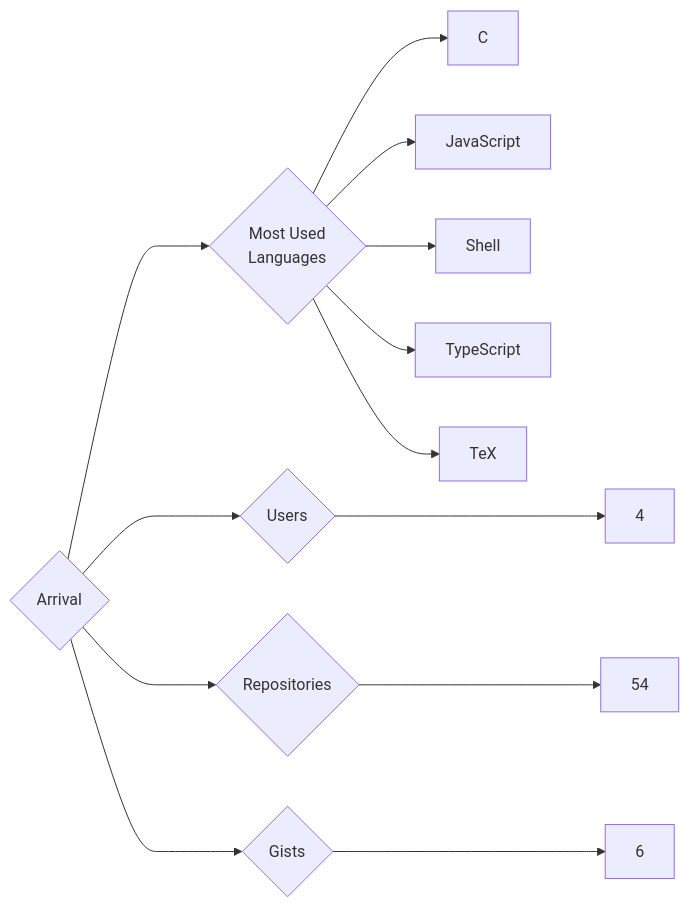
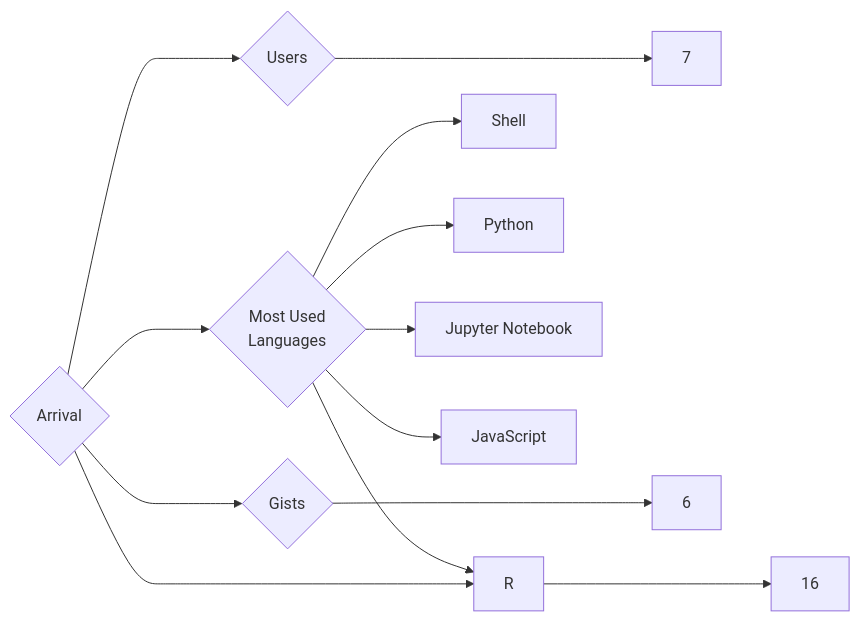
Before and after one commit to trickest/insiders: the diagram in targets/Arrival/README.md, drawn with Mermaid. The commit also changed 840 other files, not shown here.

````diff
--- a/targets/Arrival/README.md
+++ b/targets/Arrival/README.md
@@ -3,13 +3,13 @@
 ```mermaid
 graph LR
 COMPANY_NAME{Arrival}
-COMPANY_NAME ---> U{Users} ---> UN[4]
-COMPANY_NAME ---> R{Repositories} ---> RN[54]
+COMPANY_NAME ---> U{Users} ---> UN[7]
+COMPANY_NAME ---> R{Repositories} ---> RN[16]
 COMPANY_NAME ---> G{Gists} ---> GN[6]
 COMPANY_NAME ---> ML{Most Used<br>Languages}
-ML --> C[C]
+ML --> Shell[Shell]
+ML --> R[R]
+ML --> Python[Python]
+ML --> Jupyter_Notebook[Jupyter Notebook]
 ML --> JavaScript[JavaScript]
-ML --> Shell[Shell]
-ML --> TypeScript[TypeScript]
-ML --> TeX[TeX]
 ```
````
